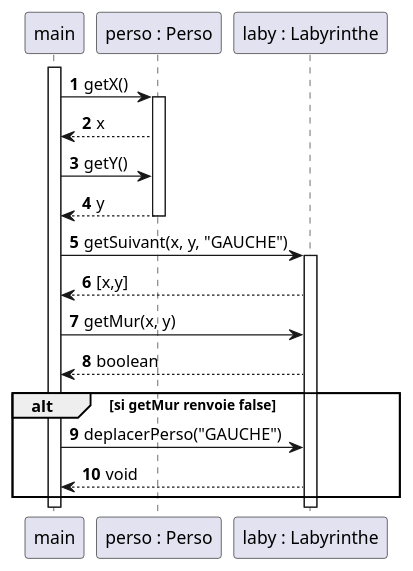
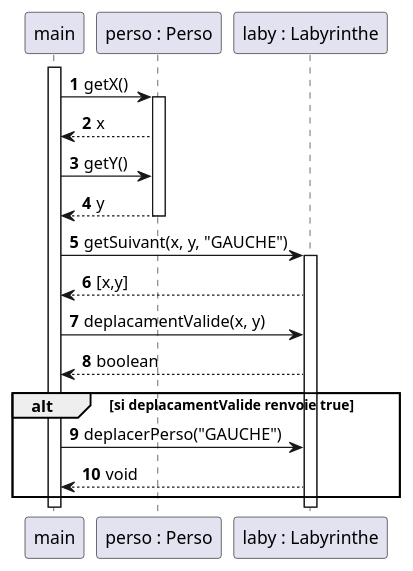
Before and after one commit to celie-ponroy/2023_S2.01_Zeldiablo_ponroy_roth_prykhodko_bortolotti: the diagram in zeldiablo/documents/version_1/directionGauche.puml, drawn with PlantUML. The commit also changed 4 other files, not shown here.

```diff
--- a/zeldiablo/documents/version_1/directionGauche.puml
+++ b/zeldiablo/documents/version_1/directionGauche.puml
@@ -1,32 +1,32 @@
 @startuml
 
 autonumber
 
 participant "main" as m
 participant "perso : Perso" as p
 participant "laby : Labyrinthe" as l
 
 activate m
 
 m -> p : getX()
 activate p
 m <-- p : x
 
 m -> p : getY()
 m <-- p : y
 deactivate p
 
 m -> l : getSuivant(x, y, "GAUCHE")
 activate l
 m <-- l : [x,y]
-m -> l : getMur(x, y)
+m -> l : deplacamentValide(x, y)
 m <-- l : boolean
 
-alt si getMur renvoie false
+alt si deplacamentValide renvoie true
 m -> l : deplacerPerso("GAUCHE")
 m <-- l : void
 end
 
 
 
 @enduml
```
